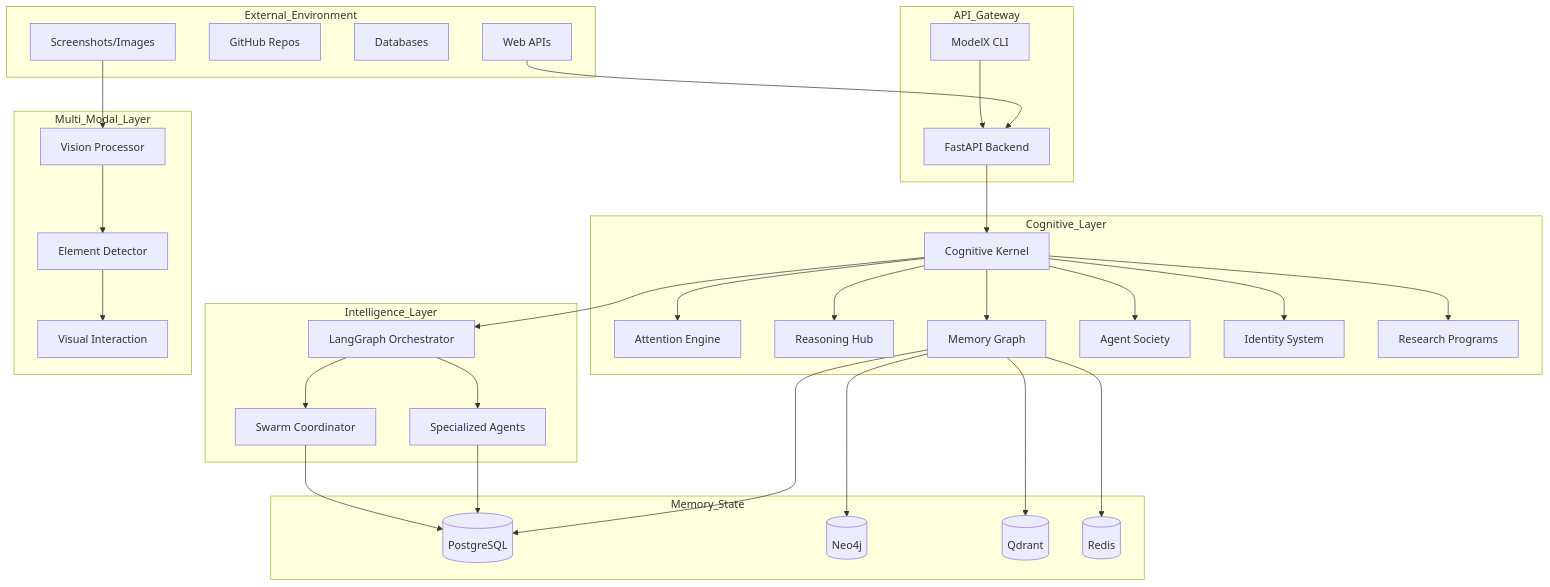
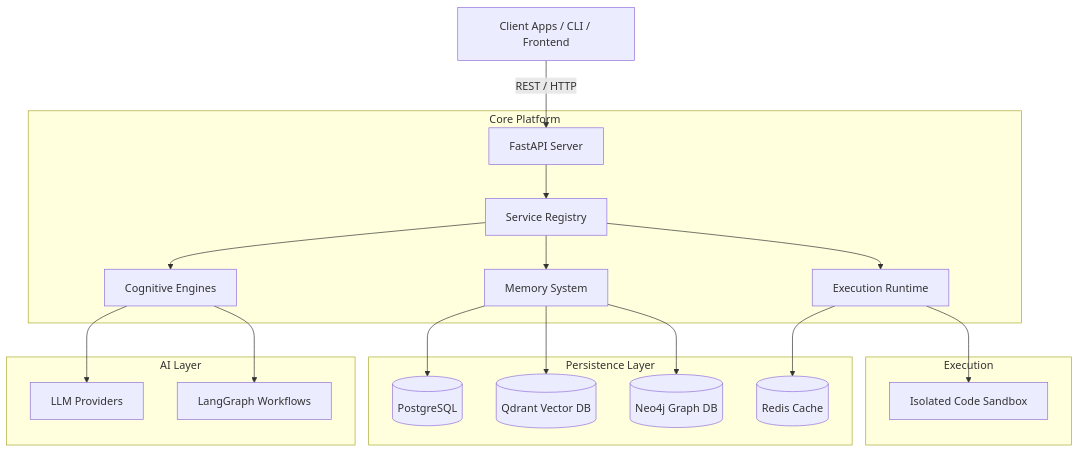
One commit to SelfSmartbrain/ModelX changed the diagram in README.md. Above: the diagram before and after it, drawn with Mermaid. The commit also changed other lines of this file, not shown here.

Commit message:
docs: Rewrite README with architectural overview and capability matrix

````diff
--- a/README.md
+++ b/README.md
@@ -122,65 +30,27 @@
 ```mermaid
-flowchart TB
-    subgraph External_Environment
-        Web[Web APIs]
-        Repos[GitHub Repos]
-        DBs[Databases]
-        Screenshots[Screenshots/Images]
+graph TD
+    Client[Client Apps / CLI / Frontend] -->|REST / HTTP| API[FastAPI Server]
+    
+    subgraph Core Platform
+        API --> Registry[Service Registry]
+        Registry --> Cog[Cognitive Engines]
+        Registry --> Mem[Memory System]
+        Registry --> Exec[Execution Runtime]
     end
-
-    subgraph API_Gateway
-        FastAPI[FastAPI Backend]
-        CLI[ModelX CLI]
+    
+    subgraph Persistence Layer
+        Mem --> PG[(PostgreSQL)]
+        Mem --> QD[(Qdrant Vector DB)]
+        Mem --> N4J[(Neo4j Graph DB)]
+        Exec --> Redis[(Redis Cache)]
     end
-
-    subgraph Cognitive_Layer
-        Kernel[Cognitive Kernel]
-        Attention[Attention Engine]
-        Reasoning[Reasoning Hub]
-        MemoryGraph[Memory Graph]
-        Society[Agent Society]
-        Identity[Identity System]
-        Research[Research Programs]
+    
+    subgraph AI Layer
+        Cog --> LLM[LLM Providers]
+        Cog --> LangGraph[LangGraph Workflows]
     end
-
-    subgraph Intelligence_Layer
-        Orchestrator[LangGraph Orchestrator]
-        Agents[Specialized Agents]
-        Swarm[Swarm Coordinator]
+    
+    subgraph Execution
+        Exec --> Sandbox[Isolated Code Sandbox]
     end
-
-    subgraph Multi_Modal_Layer
-        Vision[Vision Processor]
-        Element[Element Detector]
-        Visual[Visual Interaction]
-    end
-
-    subgraph Memory_State
-        PostgreSQL[(PostgreSQL)]
-        Neo4j[(Neo4j)]
-        Qdrant[(Qdrant)]
-        Redis[(Redis)]
-    end
-
-    Web --> FastAPI
-    CLI --> FastAPI
-    FastAPI --> Kernel
-    Kernel --> Attention
-    Kernel --> Reasoning
-    Kernel --> MemoryGraph
-    Kernel --> Society
-    Kernel --> Identity
-    Kernel --> Research
-    Kernel --> Orchestrator
-    Orchestrator --> Agents
-    Orchestrator --> Swarm
-    Screenshots --> Vision
-    Vision --> Element
-    Element --> Visual
-    MemoryGraph --> PostgreSQL
-    MemoryGraph --> Neo4j
-    MemoryGraph --> Qdrant
-    MemoryGraph --> Redis
-    Agents --> PostgreSQL
-    Swarm --> PostgreSQL
 ```
````
